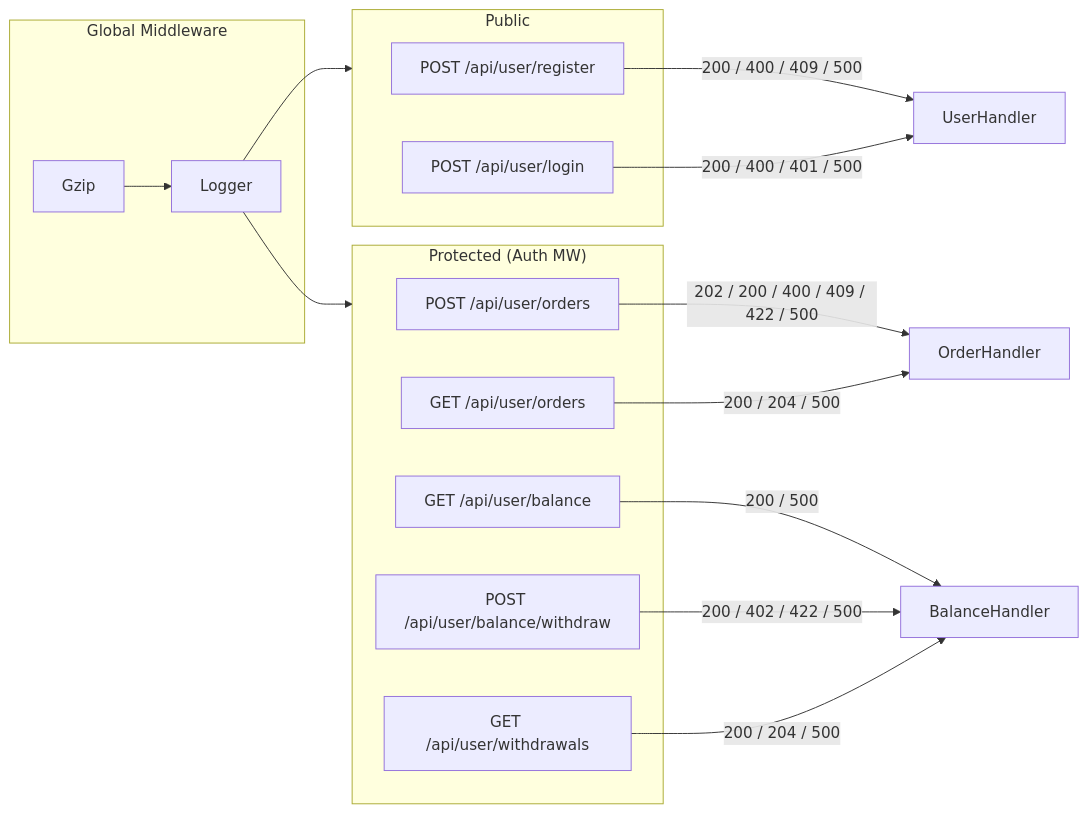
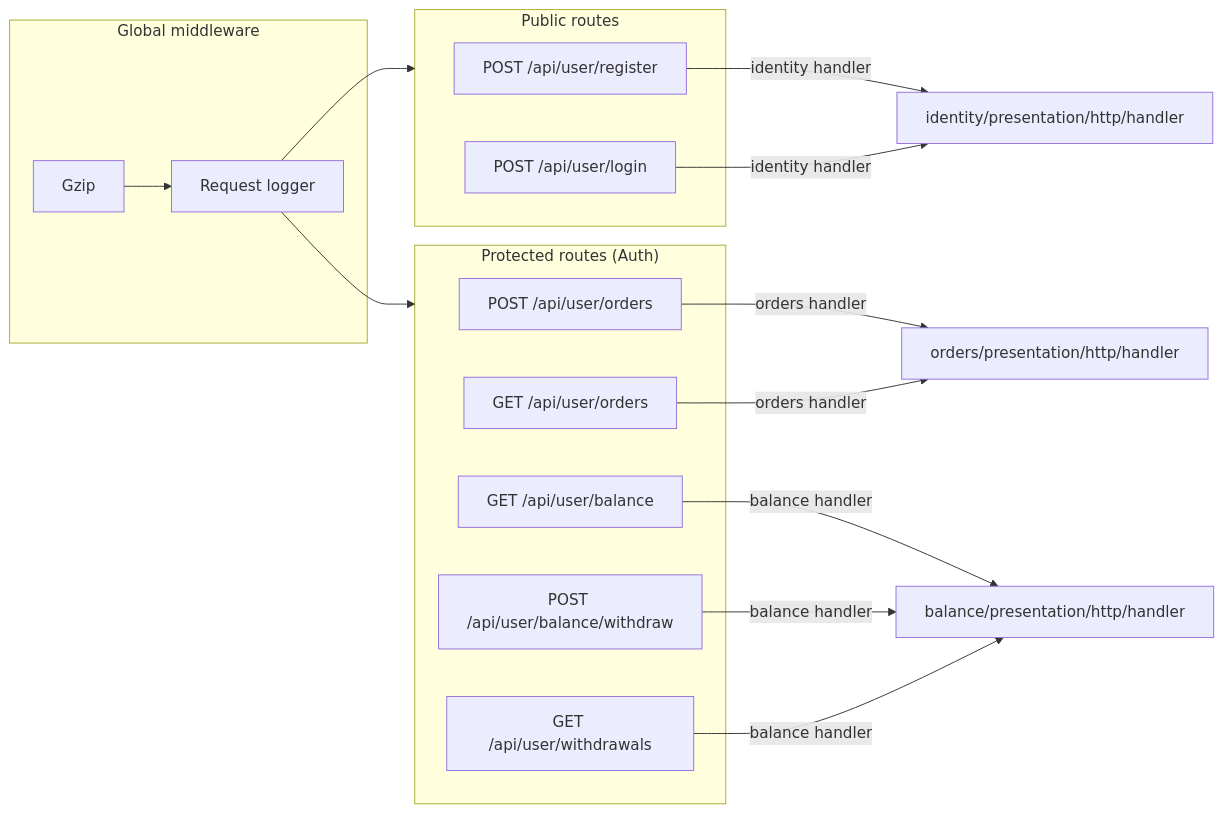
Before and after one commit to iPatrushevSergey/gophermart: the fourth of 8 diagrams in ARCHITECTURE.md, drawn with Mermaid. The commit also changed other lines of this file, not shown here.

First line of the commit message:
docs(architecture): update module architecture diagrams

````diff
--- a/ARCHITECTURE.md
+++ b/ARCHITECTURE.md
@@ -294,32 +325,32 @@
 ```mermaid
 graph LR
-    subgraph global ["Global Middleware"]
+    subgraph global ["Global middleware"]
         Gzip["Gzip"]
-        Log["Logger"]
+        Log["Request logger"]
     end
 
-    subgraph public ["Public"]
+    subgraph public ["Public routes"]
         POST_Register["POST /api/user/register"]
         POST_Login["POST /api/user/login"]
     end
 
-    subgraph protected ["Protected (Auth MW)"]
+    subgraph protected ["Protected routes (Auth)"]
         POST_Orders["POST /api/user/orders"]
         GET_Orders["GET /api/user/orders"]
         GET_Balance["GET /api/user/balance"]
         POST_Withdraw["POST /api/user/balance/withdraw"]
         GET_Withdrawals["GET /api/user/withdrawals"]
     end
 
     Gzip --> Log
     Log --> public
     Log --> protected
 
-    POST_Register -->|"200 / 400 / 409 / 500"| UserHandler
-    POST_Login -->|"200 / 400 / 401 / 500"| UserHandler
-    POST_Orders -->|"202 / 200 / 400 / 409 / 422 / 500"| OrderHandler
-    GET_Orders -->|"200 / 204 / 500"| OrderHandler
-    GET_Balance -->|"200 / 500"| BalanceHandler
-    POST_Withdraw -->|"200 / 402 / 422 / 500"| BalanceHandler
-    GET_Withdrawals -->|"200 / 204 / 500"| BalanceHandler
+    POST_Register -->|"identity handler"| IdentityH["identity/presentation/http/handler"]
+    POST_Login -->|"identity handler"| IdentityH
+    POST_Orders -->|"orders handler"| OrdersH["orders/presentation/http/handler"]
+    GET_Orders -->|"orders handler"| OrdersH
+    GET_Balance -->|"balance handler"| BalanceH["balance/presentation/http/handler"]
+    POST_Withdraw -->|"balance handler"| BalanceH
+    GET_Withdrawals -->|"balance handler"| BalanceH
 ```
````
